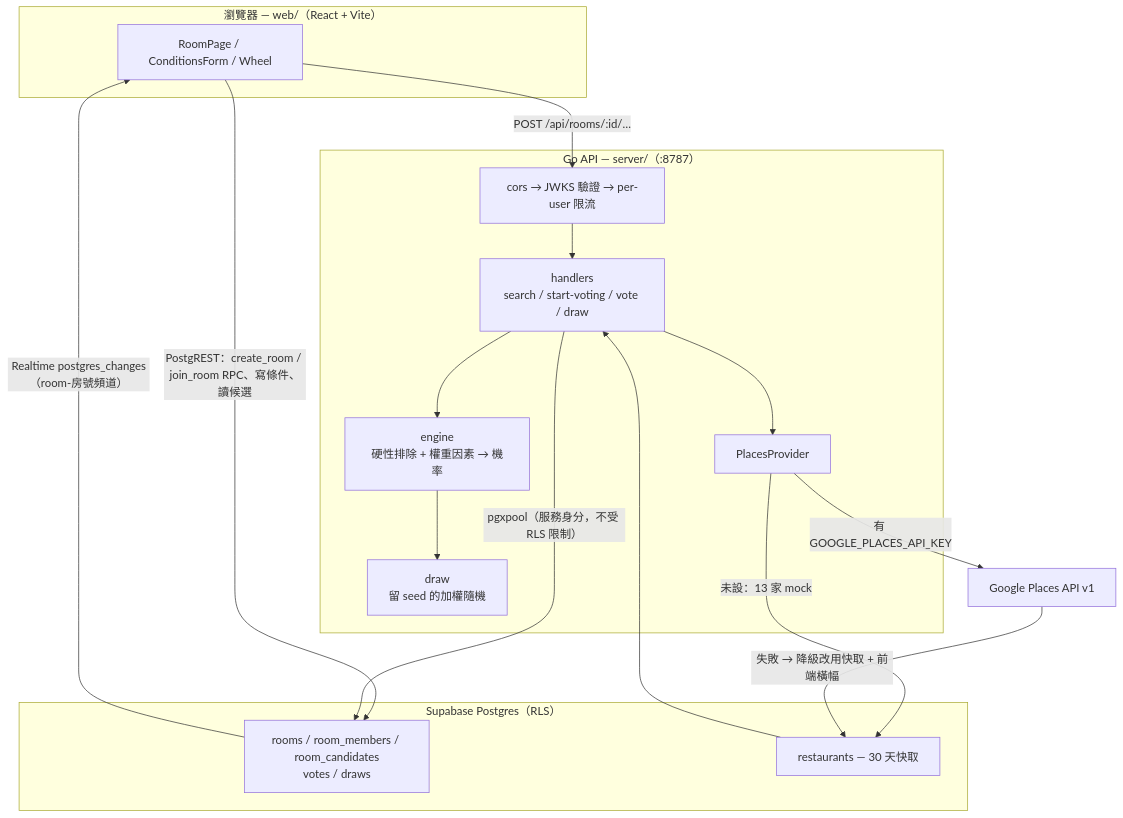
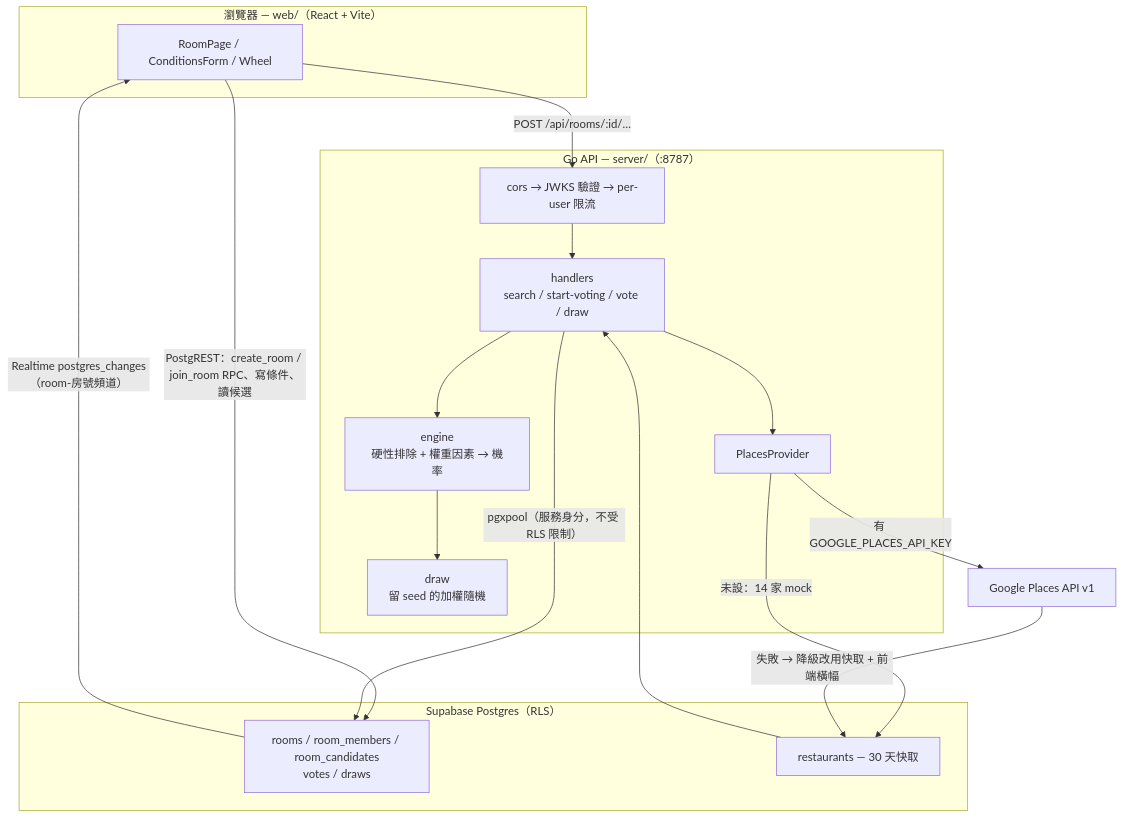
The diagram in README.md (ray910408/FairBite), drawn with Mermaid before and after one commit. The commit also changed other lines of this file and 4 other files, not shown here.

````diff
--- a/README.md
+++ b/README.md
@@ -10,33 +10,33 @@
 ```mermaid
 flowchart TB
   subgraph W["瀏覽器 — web/（React + Vite）"]
     UI["RoomPage / ConditionsForm / Wheel"]
   end
 
   subgraph G["Go API — server/（:8787）"]
     MW["cors → JWKS 驗證 → per-user 限流"]
     H["handlers<br/>search / start-voting / vote / draw"]
     E["engine<br/>硬性排除 + 權重因素 → 機率"]
     D["draw<br/>留 seed 的加權隨機"]
     P["PlacesProvider"]
   end
 
   subgraph S["Supabase Postgres（RLS）"]
     T["rooms / room_members / room_candidates<br/>votes / draws"]
     C["restaurants — 30 天快取"]
   end
 
   GP["Google Places API v1"]
 
   UI -->|"PostgREST：create_room / join_room RPC、寫條件、讀候選"| T
   T -->|"Realtime postgres_changes（room-房號頻道）"| UI
   UI -->|"POST /api/rooms/:id/…"| MW
   MW --> H
   H --> E --> D
   H --> P
   P -->|"有 GOOGLE_PLACES_API_KEY"| GP
-  P -->|"未設：13 家 mock"| C
+  P -->|"未設：14 家 mock"| C
   GP -->|"失敗 → 降級改用快取 + 前端橫幅"| C
   C --> H
   H -->|"pgxpool（服務身分，不受 RLS 限制）"| T
 ```
````
